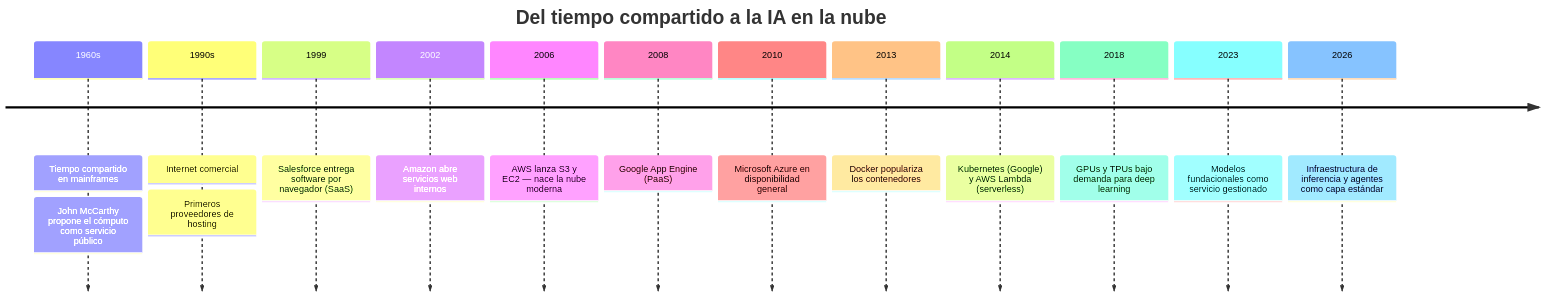
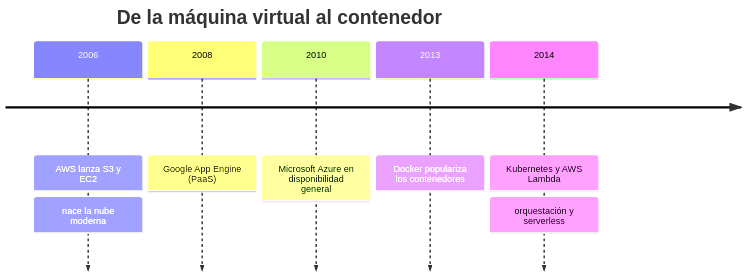
One commit to danielxxi/cloud-and-IA-para-todos changed the second of 5 diagrams in docs/modulos/01-fundamentos-nube.md. Above: the diagram before and after it, drawn with Mermaid. The commit also changed other lines of this file and 5 other files, not shown here.

First line of the commit message:
fix(diagramas): hacer legibles los diagramas anchos

````diff
--- a/docs/modulos/01-fundamentos-nube.md
+++ b/docs/modulos/01-fundamentos-nube.md
@@ -41,18 +58,11 @@
-```mermaid
-timeline
-    title Del tiempo compartido a la IA en la nube
-    1960s : Tiempo compartido en mainframes
-          : John McCarthy propone el cómputo como servicio público
-    1990s : Internet comercial
-          : Primeros proveedores de hosting
-    1999 : Salesforce entrega software por navegador (SaaS)
-    2002 : Amazon abre servicios web internos
-    2006 : AWS lanza S3 y EC2 — nace la nube moderna
-    2008 : Google App Engine (PaaS)
-    2010 : Microsoft Azure en disponibilidad general
-    2013 : Docker populariza los contenedores
-    2014 : Kubernetes (Google) y AWS Lambda (serverless)
-    2018 : GPUs y TPUs bajo demanda para deep learning
-    2023 : Modelos fundacionales como servicio gestionado
-    2026 : Infraestructura de inferencia y agentes como capa estándar
-```
+    ```mermaid
+    timeline
+        title De la máquina virtual al contenedor
+        2006 : AWS lanza S3 y EC2
+             : nace la nube moderna
+        2008 : Google App Engine (PaaS)
+        2010 : Microsoft Azure en disponibilidad general
+        2013 : Docker populariza los contenedores
+        2014 : Kubernetes y AWS Lambda
+             : orquestación y serverless
+    ```
````
